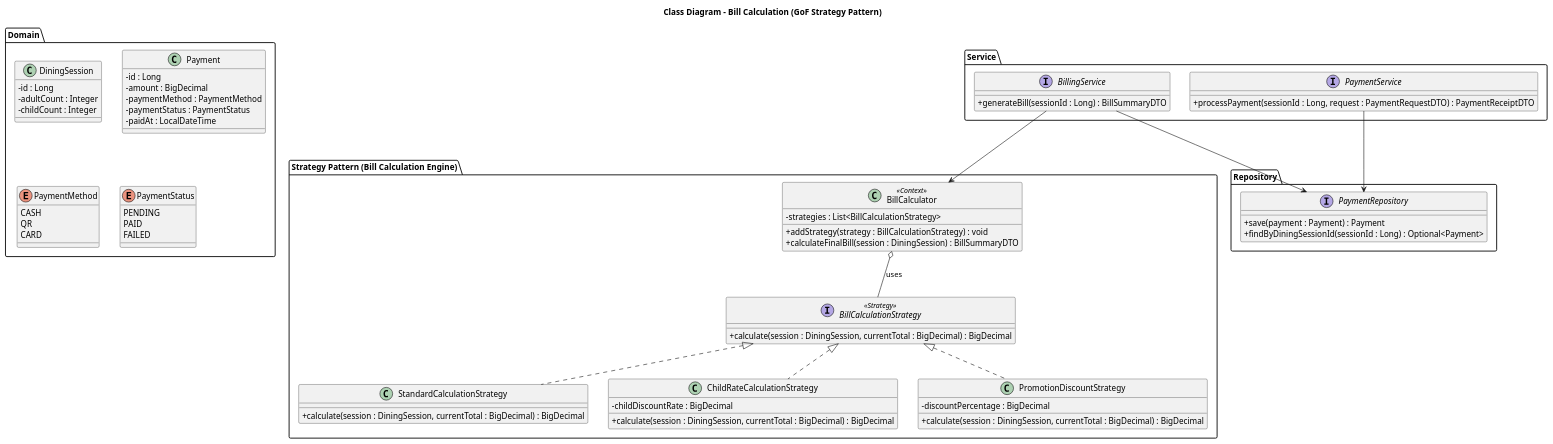
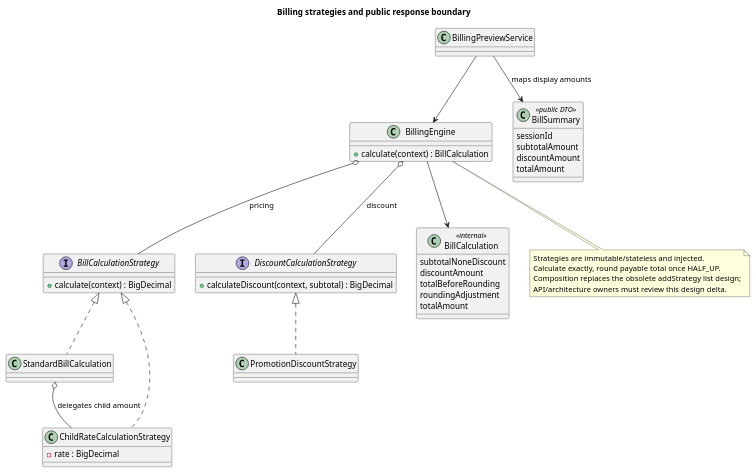
Before and after one commit to PavaritPramual/buffet-restaurant-management-system: the diagram in doc/diagrams/class-billing-strategy.puml, drawn with PlantUML. The commit also changed 43 other files, not shown here.

Commit message:
fix: address PR19 billing and payment review feedback

```diff
--- a/doc/diagrams/class-billing-strategy.puml
+++ b/doc/diagrams/class-billing-strategy.puml
@@ -1,87 +1,46 @@
 @startuml
-title Class Diagram - Bill Calculation (GoF Strategy Pattern)
-
-skinparam classAttributeIconSize 0
-skinparam shadowing false
-
-package "Domain" {
-    class DiningSession {
-        - id : Long
-        - adultCount : Integer
-        - childCount : Integer
-    }
-
-    class Payment {
-        - id : Long
-        - amount : BigDecimal
-        - paymentMethod : PaymentMethod
-        - paymentStatus : PaymentStatus
-        - paidAt : LocalDateTime
-    }
-
-    enum PaymentMethod {
-        CASH
-        QR
-        CARD
-    }
-
-    enum PaymentStatus {
-        PENDING
-        PAID
-        FAILED
-    }
+title Billing strategies and public response boundary
+interface BillCalculationStrategy {
+ +calculate(context) : BigDecimal
 }
-
-package "Strategy Pattern (Bill Calculation Engine)" {
-    interface BillCalculationStrategy <<Strategy>> {
-        + calculate(session : DiningSession, currentTotal : BigDecimal) : BigDecimal
-    }
-
-    class StandardCalculationStrategy {
-        + calculate(session : DiningSession, currentTotal : BigDecimal) : BigDecimal
-    }
-
-    class ChildRateCalculationStrategy {
-        - childDiscountRate : BigDecimal
-        + calculate(session : DiningSession, currentTotal : BigDecimal) : BigDecimal
-    }
-
-    class PromotionDiscountStrategy {
-        - discountPercentage : BigDecimal
-        + calculate(session : DiningSession, currentTotal : BigDecimal) : BigDecimal
-    }
-
-    class BillCalculator <<Context>> {
-        - strategies : List<BillCalculationStrategy>
-        + addStrategy(strategy : BillCalculationStrategy) : void
-        + calculateFinalBill(session : DiningSession) : BillSummaryDTO
-    }
-
-    BillCalculationStrategy <|.. StandardCalculationStrategy
-    BillCalculationStrategy <|.. ChildRateCalculationStrategy
-    BillCalculationStrategy <|.. PromotionDiscountStrategy
-    BillCalculator o-- BillCalculationStrategy : uses
+interface DiscountCalculationStrategy {
+ +calculateDiscount(context, subtotal) : BigDecimal
 }
-
-package "Service" {
-    interface BillingService {
-        + generateBill(sessionId : Long) : BillSummaryDTO
-    }
-
-    interface PaymentService {
-        + processPayment(sessionId : Long, request : PaymentRequestDTO) : PaymentReceiptDTO
-    }
+class StandardBillCalculation
+class ChildRateCalculationStrategy {
+ -rate : BigDecimal
 }
-
-package "Repository" {
-    interface PaymentRepository {
-        + save(payment : Payment) : Payment
-        + findByDiningSessionId(sessionId : Long) : Optional<Payment>
-    }
+class PromotionDiscountStrategy
+class BillingEngine {
+ +calculate(context) : BillCalculation
 }
-
-BillingService --> BillCalculator
-BillingService --> PaymentRepository
-PaymentService --> PaymentRepository
-
+class BillCalculation <<internal>> {
+ subtotalNoneDiscount
+ discountAmount
+ totalBeforeRounding
+ roundingAdjustment
+ totalAmount
+}
+class BillingPreviewService
+class BillSummary <<public DTO>> {
+ sessionId
+ subtotalAmount
+ discountAmount
+ totalAmount
+}
+BillCalculationStrategy <|.. StandardBillCalculation
+BillCalculationStrategy <|.. ChildRateCalculationStrategy
+DiscountCalculationStrategy <|.. PromotionDiscountStrategy
+StandardBillCalculation o-- ChildRateCalculationStrategy : delegates child amount
+BillingEngine o-- BillCalculationStrategy : pricing
+BillingEngine o-- DiscountCalculationStrategy : discount
+BillingEngine --> BillCalculation
+BillingPreviewService --> BillingEngine
+BillingPreviewService --> BillSummary : maps display amounts
+note bottom of BillingEngine
+ Strategies are immutable/stateless and injected.
+ Calculate exactly, round payable total once HALF_UP.
+ Composition replaces the obsolete addStrategy list design;
+ API/architecture owners must review this design delta.
+end note
 @enduml
```
